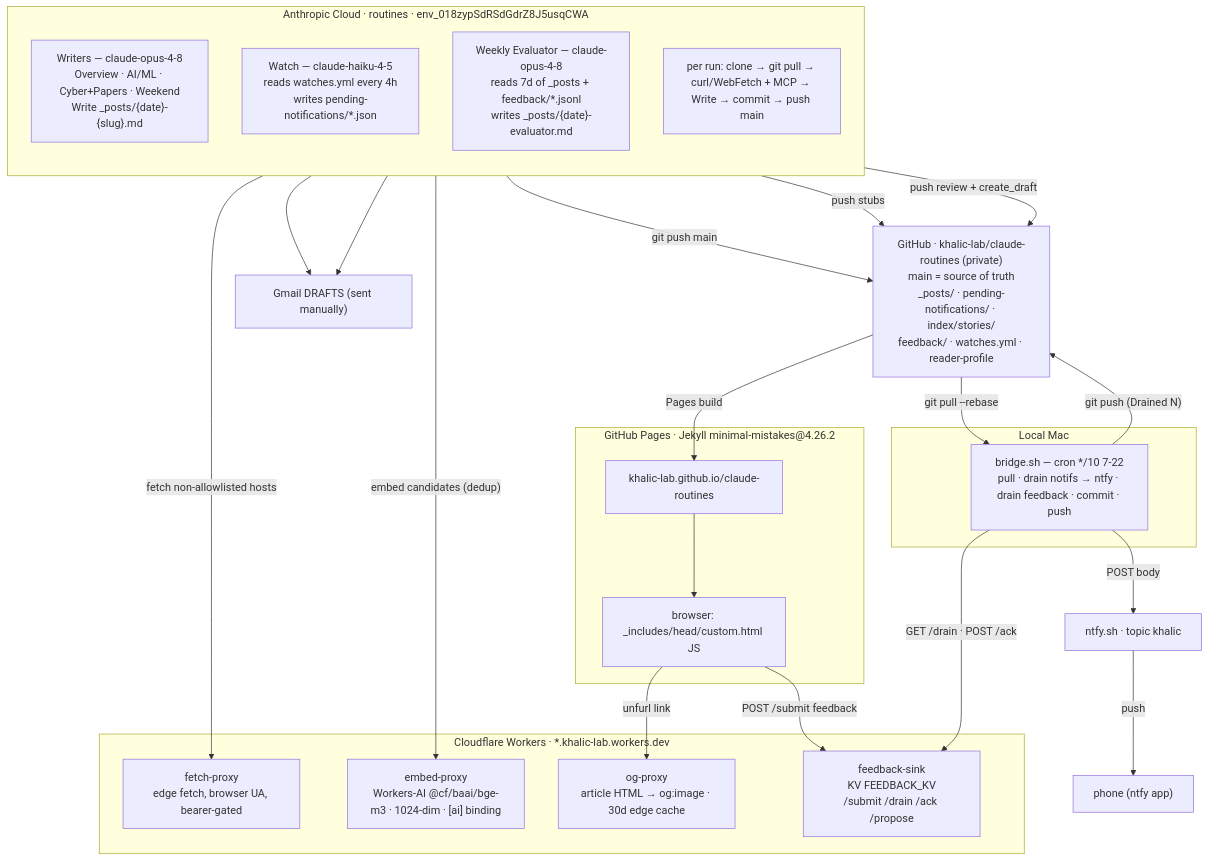
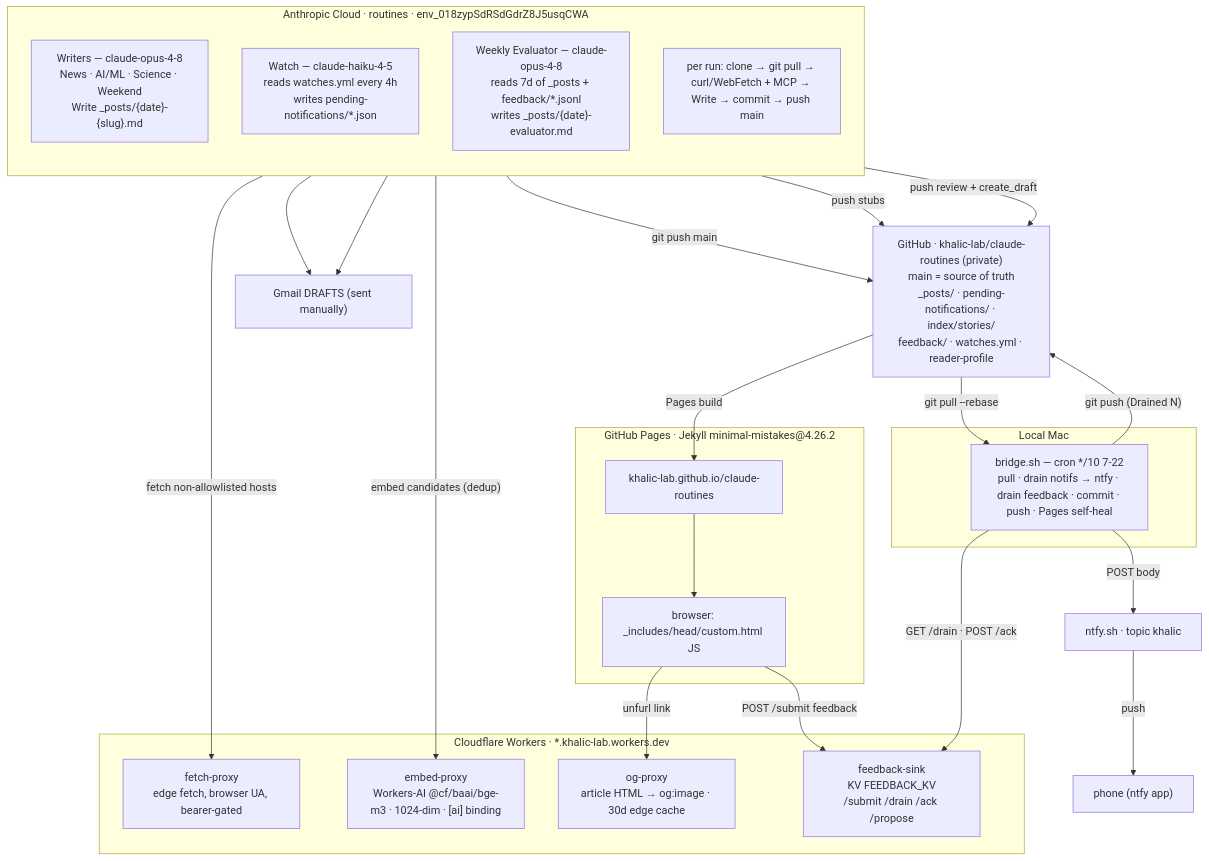
The diagram in diagrams/01-system-overview.md (khalic-lab/claude-routines), drawn with Mermaid before and after one commit. The commit also changed 54 other files, not shown here.

````diff
--- a/diagrams/01-system-overview.md
+++ b/diagrams/01-system-overview.md
@@ -7,51 +7,51 @@
 ```mermaid
 flowchart TB
   subgraph cloud["Anthropic Cloud · routines · env_018zypSdRSdGdrZ8J5usqCWA"]
     direction TB
-    W["Writers — claude-opus-4-8<br/>Overview · AI/ML · Cyber+Papers · Weekend<br/>Write _posts/{date}-{slug}.md"]
+    W["Writers — claude-opus-4-8<br/>News · AI/ML · Science · Weekend<br/>Write _posts/{date}-{slug}.md"]
     WA["Watch — claude-haiku-4-5<br/>reads watches.yml every 4h<br/>writes pending-notifications/*.json"]
     EV["Weekly Evaluator — claude-opus-4-8<br/>reads 7d of _posts + feedback/*.jsonl<br/>writes _posts/{date}-evaluator.md"]
     step["per run: clone → git pull → curl/WebFetch + MCP → Write → commit → push main"]
   end
 
   subgraph cf["Cloudflare Workers · *.khalic-lab.workers.dev"]
     FP["fetch-proxy<br/>edge fetch, browser UA, bearer-gated"]
     EP["embed-proxy<br/>Workers-AI @cf/baai/bge-m3 · 1024-dim · [ai] binding"]
     OG["og-proxy<br/>article HTML → og:image · 30d edge cache"]
     FS["feedback-sink<br/>KV FEEDBACK_KV<br/>/submit /drain /ack /propose"]
   end
 
   GH["GitHub · khalic-lab/claude-routines (private)<br/>main = source of truth<br/>_posts/ · pending-notifications/ · index/stories/<br/>feedback/ · watches.yml · reader-profile"]
 
   subgraph pages["GitHub Pages · Jekyll minimal-mistakes@4.26.2"]
     SITE["khalic-lab.github.io/claude-routines"]
     JS["browser: _includes/head/custom.html JS"]
   end
 
   subgraph mac["Local Mac"]
-    BR["bridge.sh — cron */10 7-22<br/>pull · drain notifs → ntfy · drain feedback · commit · push"]
+    BR["bridge.sh — cron */10 7-22<br/>pull · drain notifs → ntfy · drain feedback · commit · push · Pages self-heal"]
   end
 
   NTFY["ntfy.sh · topic khalic"]
   PHONE["phone (ntfy app)"]
   GM["Gmail DRAFTS (sent manually)"]
 
   W -->|"fetch non-allowlisted hosts"| FP
   W -->|"embed candidates (dedup)"| EP
   W -->|"git push main"| GH
   WA -->|"push stubs"| GH
   EV -->|"push review + create_draft"| GH
   EV --> GM
   W --> GM
 
   GH -->|"Pages build"| SITE
   SITE --> JS
   JS -->|"unfurl link"| OG
   JS -->|"POST /submit feedback"| FS
 
   GH -->|"git pull --rebase"| BR
   BR -->|"git push (Drained N)"| GH
   BR -->|"POST body"| NTFY
   NTFY -->|"push"| PHONE
   BR -->|"GET /drain · POST /ack"| FS
 ```
````
